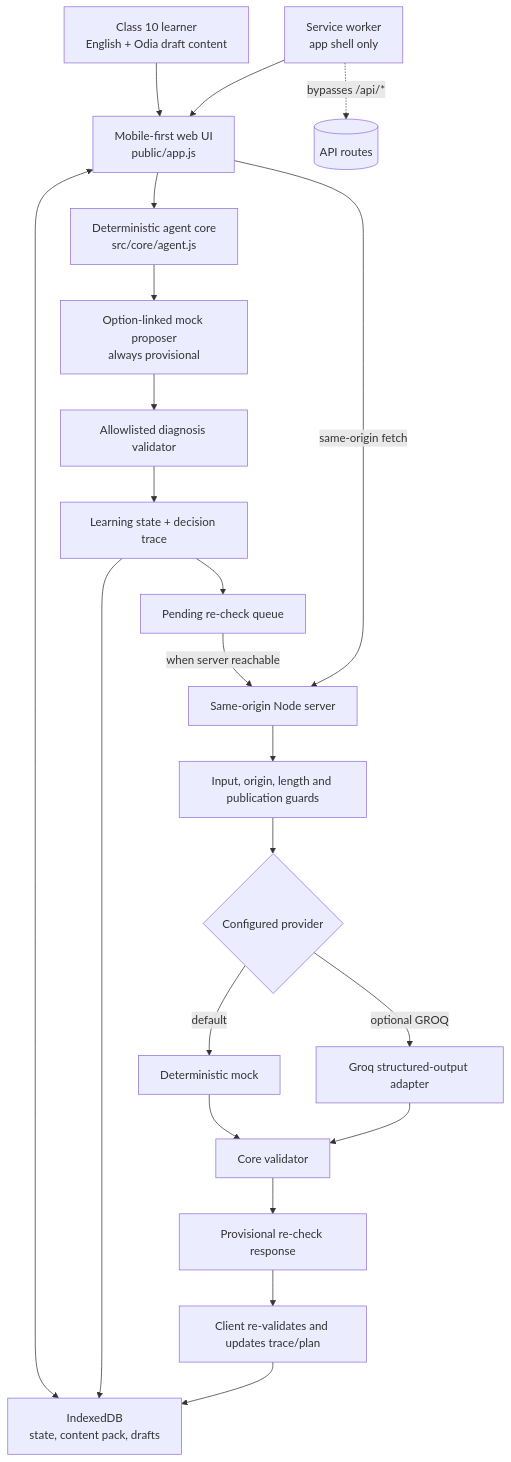
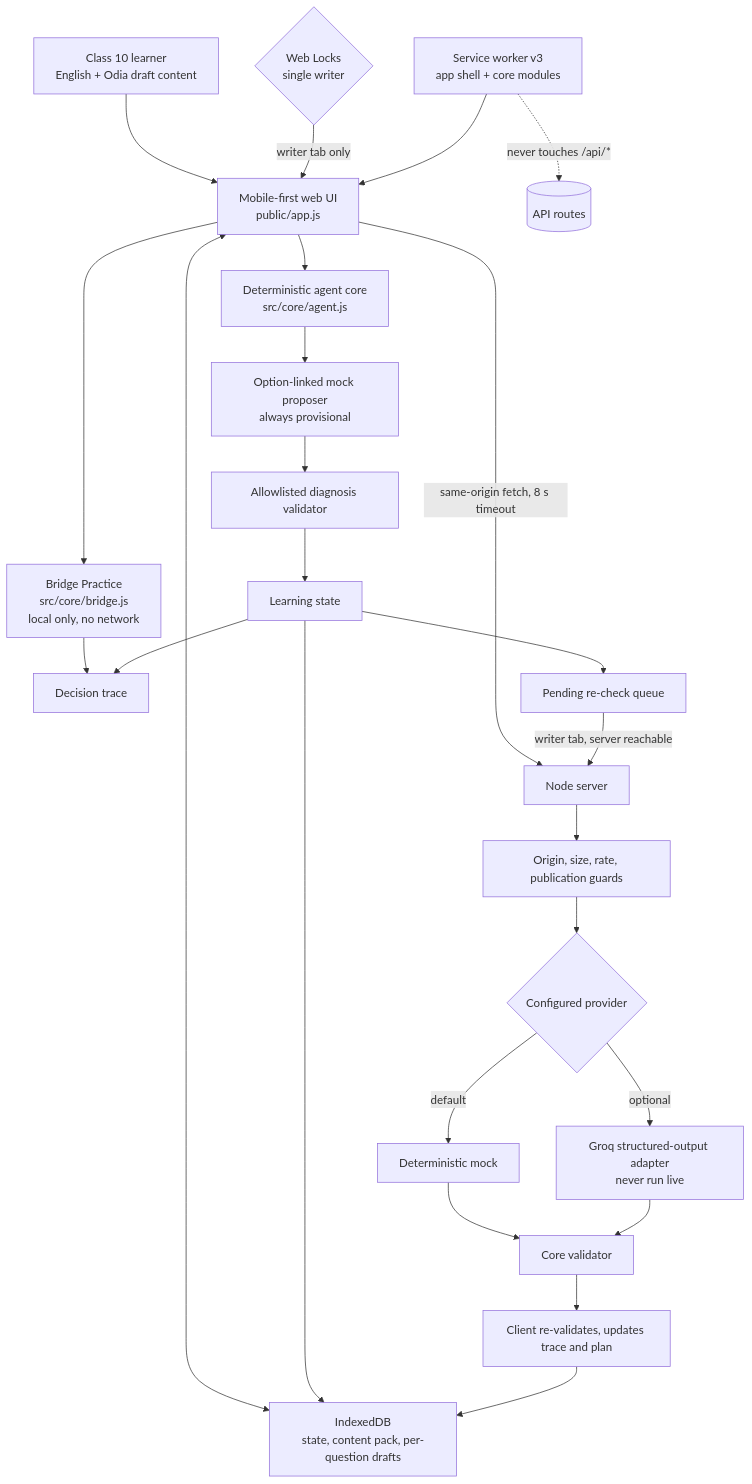
The diagram in docs/ARCHITECTURE.md (ankitanayak77/PathaSetu), drawn with Mermaid before and after one commit. The commit also changed other lines of this file and 33 other files, not shown here.

Commit message:
Docs and evidence: align README, BUILD_STATUS, ARCHITECTURE, PHONE_TEST_PLAN and DEMO_RUNBOOK with the verified state; save baseline and final run outputs with exit codes (66/66 unit, 19/19 capture, 53/53 browser, headless Chromium 153 only; no phone tests).

````diff
--- a/docs/ARCHITECTURE.md
+++ b/docs/ARCHITECTURE.md
@@ -5,24 +5,27 @@
 ```mermaid
 flowchart TD
     Learner[Class 10 learner<br/>English + Odia draft content] --> UI[Mobile-first web UI<br/>public/app.js]
-    UI <--> Store[IndexedDB<br/>state, content pack, drafts]
+    UI <--> Store[IndexedDB<br/>state, content pack, per-question drafts]
     UI --> Agent[Deterministic agent core<br/>src/core/agent.js]
+    UI --> Bridge[Bridge Practice<br/>src/core/bridge.js<br/>local only, no network]
+    Bridge --> Trace
     Agent --> Mock[Option-linked mock proposer<br/>always provisional]
     Mock --> Validator[Allowlisted diagnosis validator]
-    Validator --> State[Learning state + decision trace]
+    Validator --> State[Learning state]
+    State --> Trace[Decision trace]
     State --> Store
     State --> Queue[Pending re-check queue]
-    SW[Service worker<br/>app shell only] --> UI
-    SW -.->|bypasses /api/*| Routes[(API routes)]
-    UI -->|same-origin fetch| Server[Same-origin Node server]
-    Queue -->|when server reachable| Server
-    Server --> Guard[Input, origin, length and publication guards]
+    Lock{Web Locks<br/>single writer} -->|writer tab only| UI
+    SW[Service worker v3<br/>app shell + core modules] --> UI
+    SW -.->|never touches /api/*| Routes[(API routes)]
+    UI -->|same-origin fetch, 8 s timeout| Server[Node server]
+    Queue -->|writer tab, server reachable| Server
+    Server --> Guard[Origin, size, rate, publication guards]
     Guard --> Select{Configured provider}
     Select -->|default| ServerMock[Deterministic mock]
-    Select -->|optional GROQ| Groq[Groq structured-output adapter]
+    Select -->|optional| Groq[Groq structured-output adapter<br/>never run live]
     ServerMock --> ServerValidate[Core validator]
     Groq --> ServerValidate
-    ServerValidate --> UIResponse[Provisional re-check response]
-    UIResponse --> Recheck[Client re-validates and updates trace/plan]
+    ServerValidate --> Recheck[Client re-validates, updates trace and plan]
     Recheck --> Store
 ```
````
